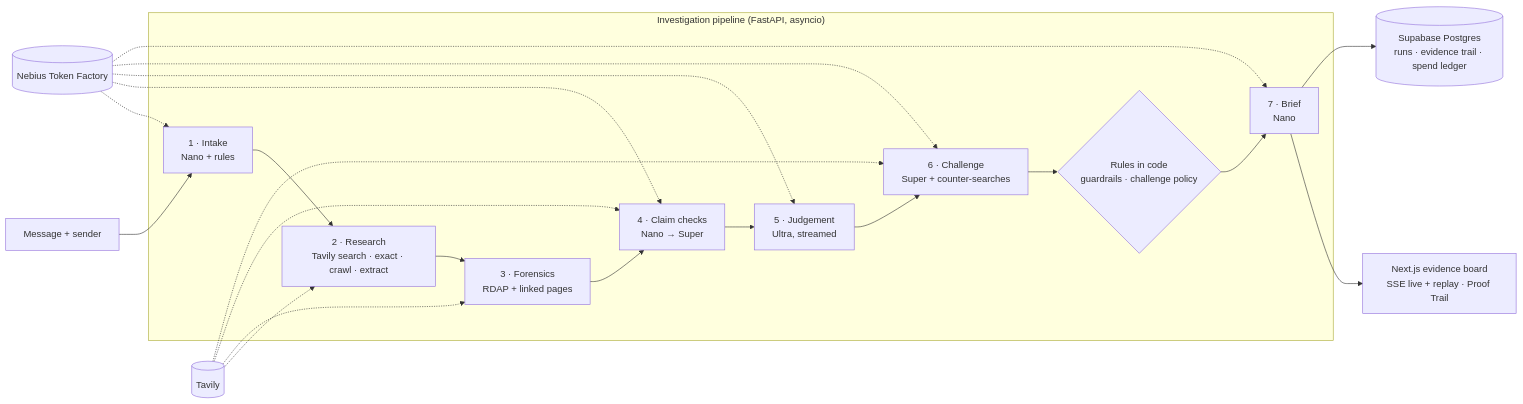
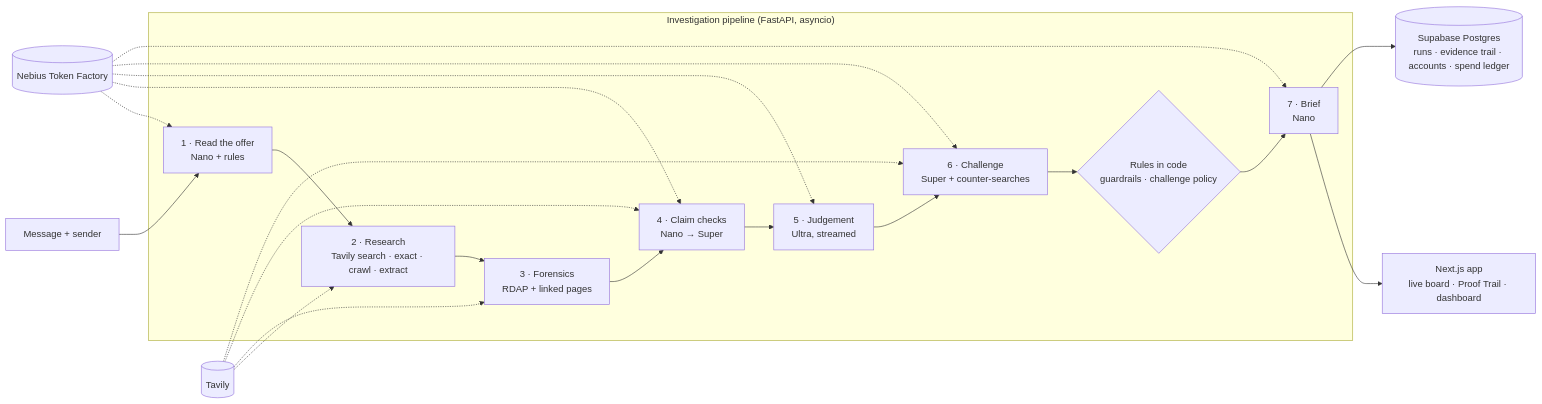
The diagram in README.md (TheBossMan110/ProofBeforePay), drawn with Mermaid before and after one commit. The commit also changed other lines of this file and 12 other files, not shown here.

````diff
--- a/README.md
+++ b/README.md
@@ -37,19 +87,19 @@
 ```mermaid
 flowchart LR
     M["Message + sender"] --> I
 
     subgraph P["Investigation pipeline (FastAPI, asyncio)"]
-        I["1 · Intake<br/>Nano + rules"] --> R["2 · Research<br/>Tavily search · exact · crawl · extract"]
+        I["1 · Read the offer<br/>Nano + rules"] --> R["2 · Research<br/>Tavily search · exact · crawl · extract"]
         R --> F["3 · Forensics<br/>RDAP + linked pages"]
         F --> V["4 · Claim checks<br/>Nano → Super"]
         V --> J["5 · Judgement<br/>Ultra, streamed"]
         J --> C["6 · Challenge<br/>Super + counter-searches"]
         C --> G{"Rules in code<br/>guardrails · challenge policy"}
         G --> B["7 · Brief<br/>Nano"]
     end
 
-    B --> UI["Next.js evidence board<br/>SSE live + replay · Proof Trail"]
-    B --> DB[("Supabase Postgres<br/>runs · evidence trail · spend ledger")]
+    B --> UI["Next.js app<br/>live board · Proof Trail · dashboard"]
+    B --> DB[("Supabase Postgres<br/>runs · evidence trail · accounts · spend ledger")]
     TF[("Nebius Token Factory")] -.-> I & V & J & C & B
     TV[("Tavily")] -.-> R & F & V & C
 ```
````
